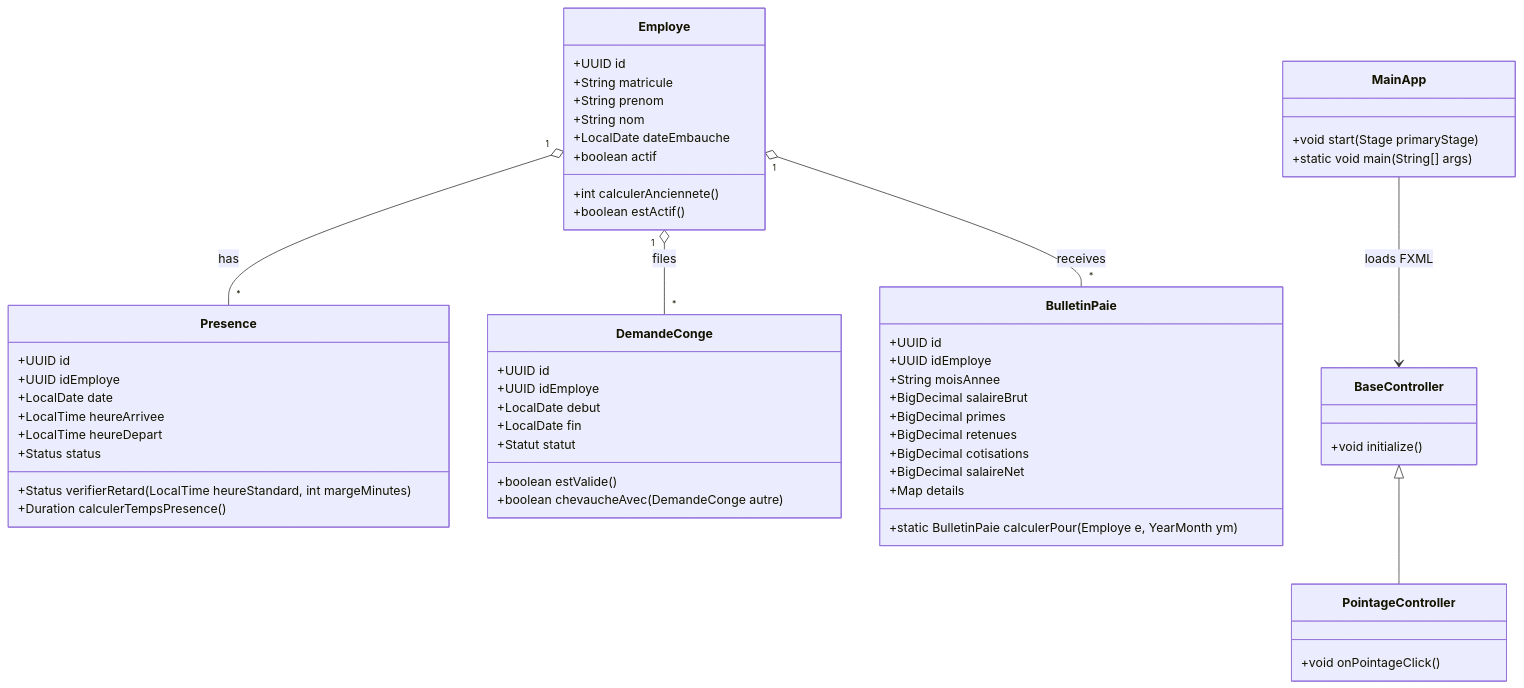
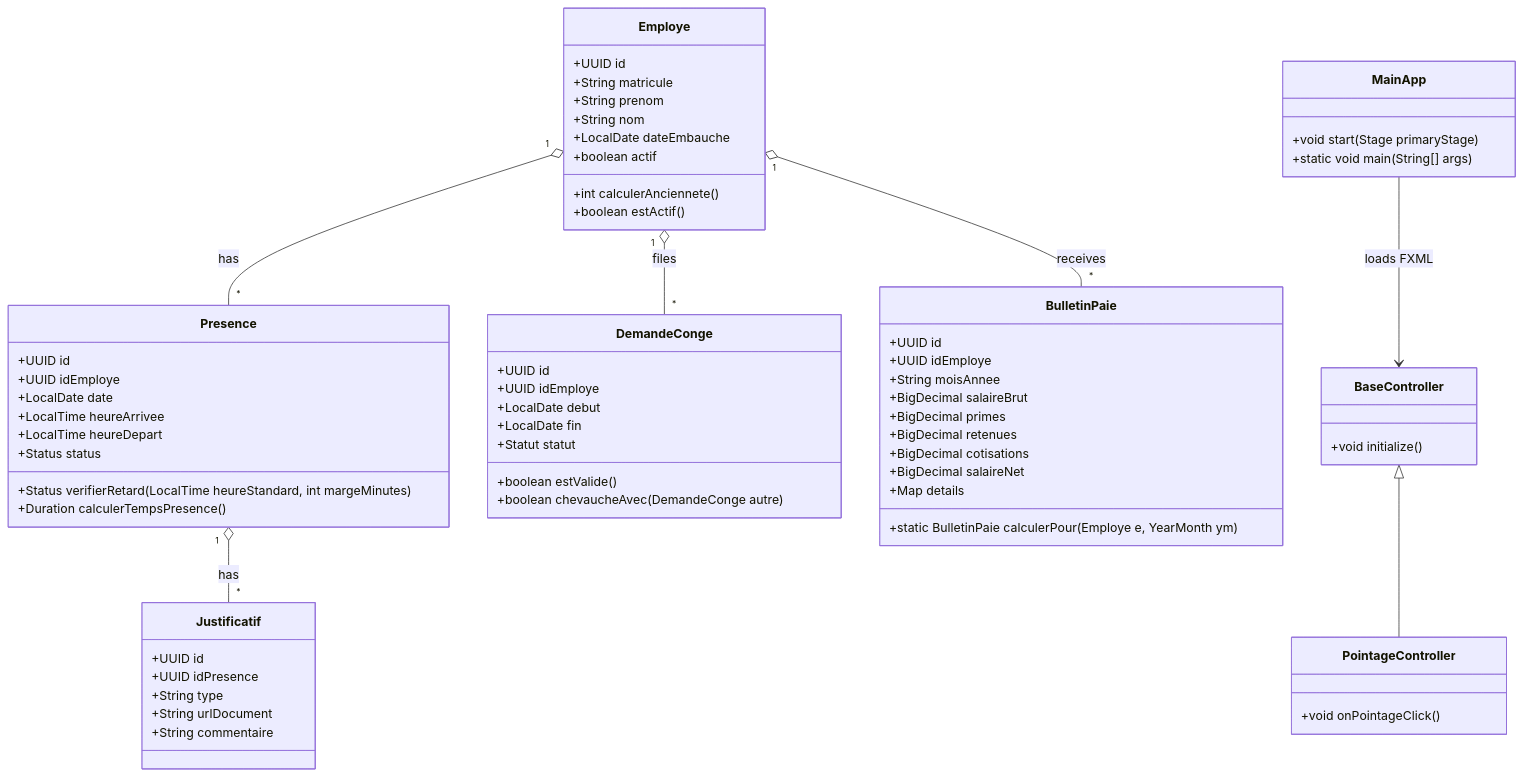
One commit to SKJUV/HRMS changed the diagram in doc/06-classes.md. Above: the diagram before and after it, drawn with Mermaid. The commit also changed other lines of this file and 4 other files, not shown here.

````diff
--- a/doc/06-classes.md
+++ b/doc/06-classes.md
@@ -5,69 +5,78 @@
 ```mermaid
 classDiagram
     class Employe {
       +UUID id
       +String matricule
       +String prenom
       +String nom
       +LocalDate dateEmbauche
       +boolean actif
       +int calculerAnciennete()
       +boolean estActif()
     }
 
     class Presence {
       +UUID id
       +UUID idEmploye
       +LocalDate date
       +LocalTime heureArrivee
       +LocalTime heureDepart
       +Status status
       +Status verifierRetard(LocalTime heureStandard, int margeMinutes)
       +Duration calculerTempsPresence()
+    }
+
+    class Justificatif {
+      +UUID id
+      +UUID idPresence
+      +String type
+      +String urlDocument
+      +String commentaire
     }
 
     class DemandeConge {
       +UUID id
       +UUID idEmploye
       +LocalDate debut
       +LocalDate fin
       +Statut statut
       +boolean estValide()
       +boolean chevaucheAvec(DemandeConge autre)
     }
 
     class BulletinPaie {
       +UUID id
       +UUID idEmploye
       +String moisAnnee
       +BigDecimal salaireBrut
       +BigDecimal primes
       +BigDecimal retenues
       +BigDecimal cotisations
       +BigDecimal salaireNet
       +Map<String,Object> details
       +static BulletinPaie calculerPour(Employe e, YearMonth ym)
     }
 
     Employe "1" o-- "*" Presence : has
     Employe "1" o-- "*" DemandeConge : files
     Employe "1" o-- "*" BulletinPaie : receives
+    Presence "1" o-- "*" Justificatif : has
 
       %% UI layer (JavaFX)
       class MainApp {
         +void start(Stage primaryStage)
         +static void main(String[] args)
       }
 
       class BaseController {
         +void initialize()
       }
 
       class PointageController {
         +void onPointageClick()
       }
 
       MainApp --> BaseController : loads FXML
       BaseController <|-- PointageController
 
   ```
````
